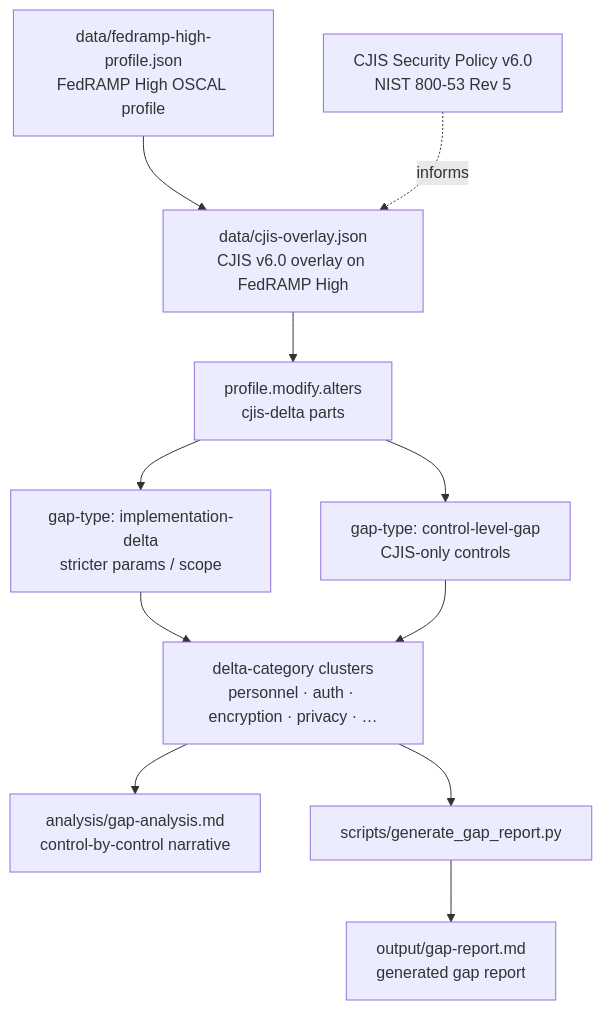
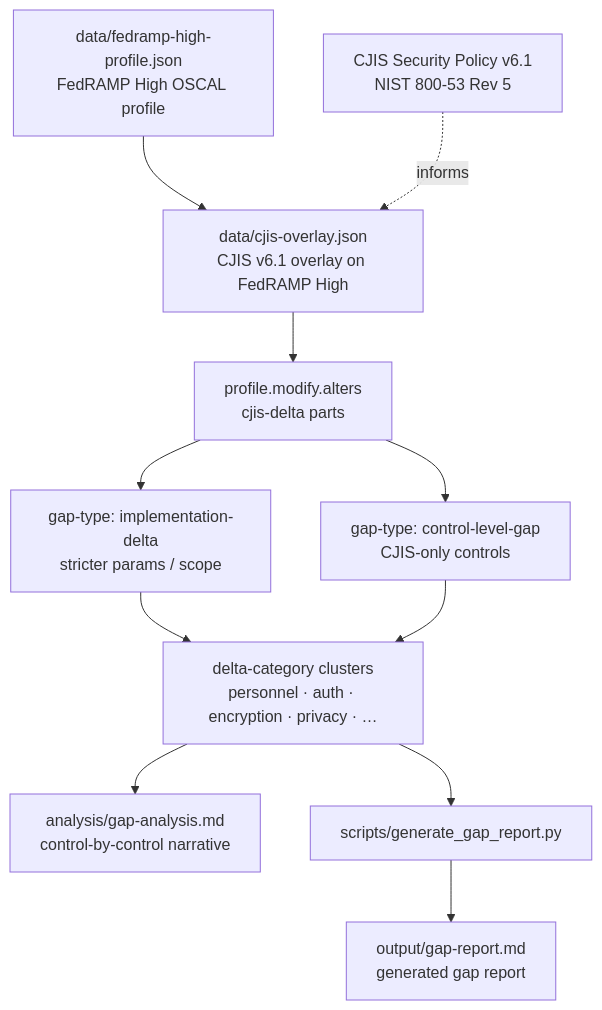
One commit to 0xBahalaNa/cjis-fedramp-high-gap-analysis changed the diagram in docs/architecture.mmd. Above: the diagram before and after it, drawn with Mermaid. The commit also changed 5 other files, not shown here.

Commit message:
docs: align gap analysis with CJIS Security Policy v6.1 (#40)

````diff
--- a/docs/architecture.mmd
+++ b/docs/architecture.mmd
@@ -1,14 +1,14 @@
 %% Editable Mermaid source for the README "Architecture Overview" section.
 %% Keep this file in sync with the inline ```mermaid fence in README.md.
 %% Diff-able source of truth for the architecture graph (no separate PNG export).
 graph TD
-    FR["data/fedramp-high-profile.json<br/>FedRAMP High OSCAL profile"] --> OV["data/cjis-overlay.json<br/>CJIS v6.0 overlay on FedRAMP High"]
-    CJ["CJIS Security Policy v6.0<br/>NIST 800-53 Rev 5"] -. informs .-> OV
+    FR["data/fedramp-high-profile.json<br/>FedRAMP High OSCAL profile"] --> OV["data/cjis-overlay.json<br/>CJIS v6.1 overlay on FedRAMP High"]
+    CJ["CJIS Security Policy v6.1<br/>NIST 800-53 Rev 5"] -. informs .-> OV
     OV --> DELTA["profile.modify.alters<br/>cjis-delta parts"]
     DELTA --> IMP["gap-type: implementation-delta<br/>stricter params / scope"]
     DELTA --> CTRL["gap-type: control-level-gap<br/>CJIS-only controls"]
     IMP --> CAT["delta-category clusters<br/>personnel · auth · encryption · privacy · …"]
     CTRL --> CAT
     CAT --> ANA["analysis/gap-analysis.md<br/>control-by-control narrative"]
     CAT --> GEN["scripts/generate_gap_report.py"]
     GEN --> RPT["output/gap-report.md<br/>generated gap report"]
````
